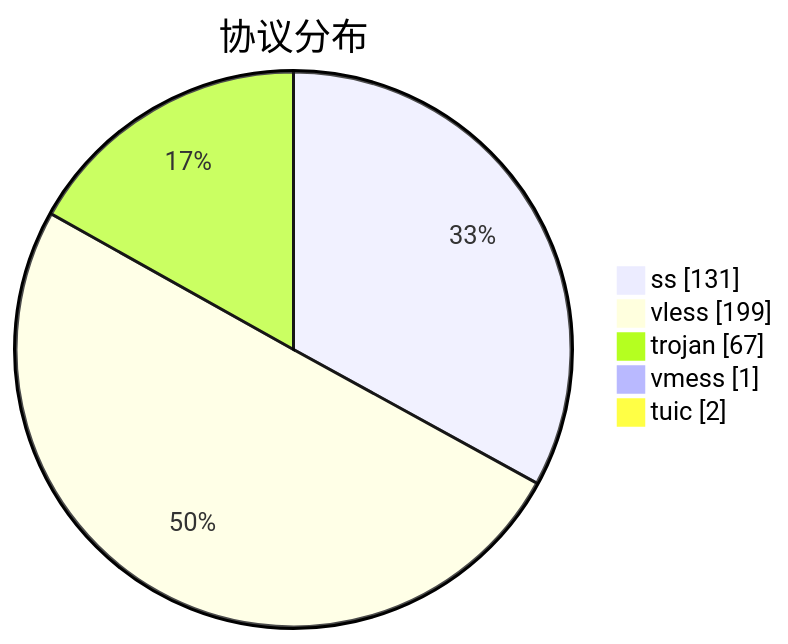
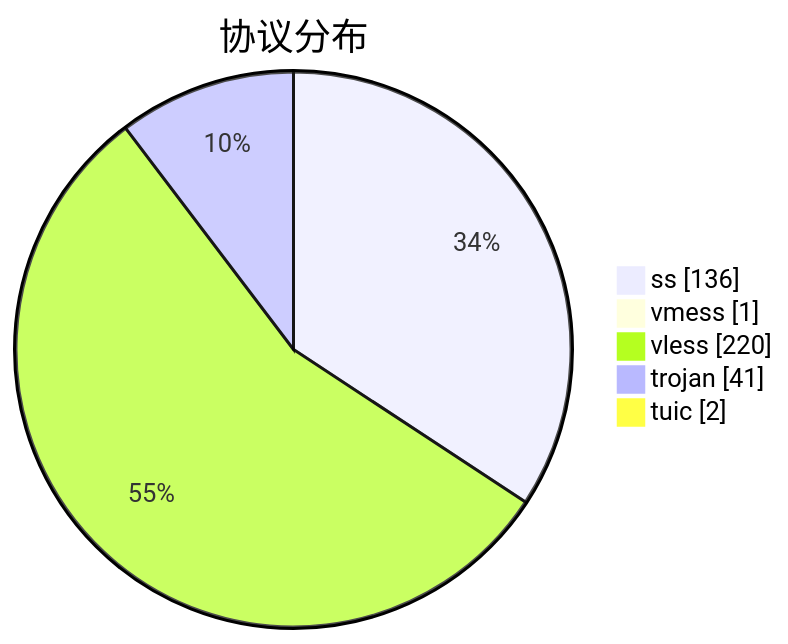
Before and after one commit to qjlxg/airport: the third of 3 diagrams in subs/statistics/tested_within.md, drawn with Mermaid. The commit also changed other lines of this file and 2 other files, not shown here.

````diff
--- a/subs/statistics/tested_within.md
+++ b/subs/statistics/tested_within.md
@@ -43,9 +37,9 @@
 ```mermaid
 pie showData
 title 协议分布
-"ss" : 131
-"vless" : 199
-"trojan" : 67
+"ss" : 136
 "vmess" : 1
+"vless" : 220
+"trojan" : 41
 "tuic" : 2
 ```
````
